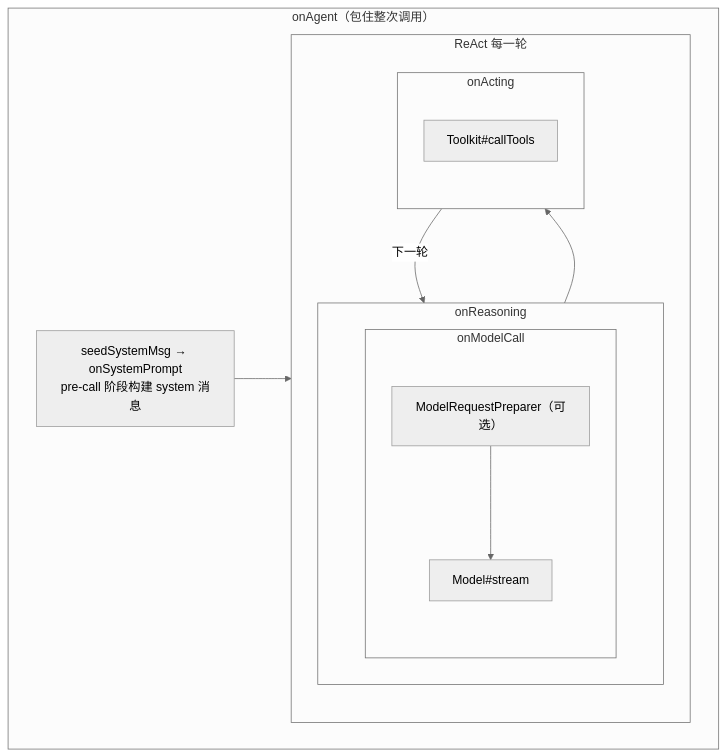
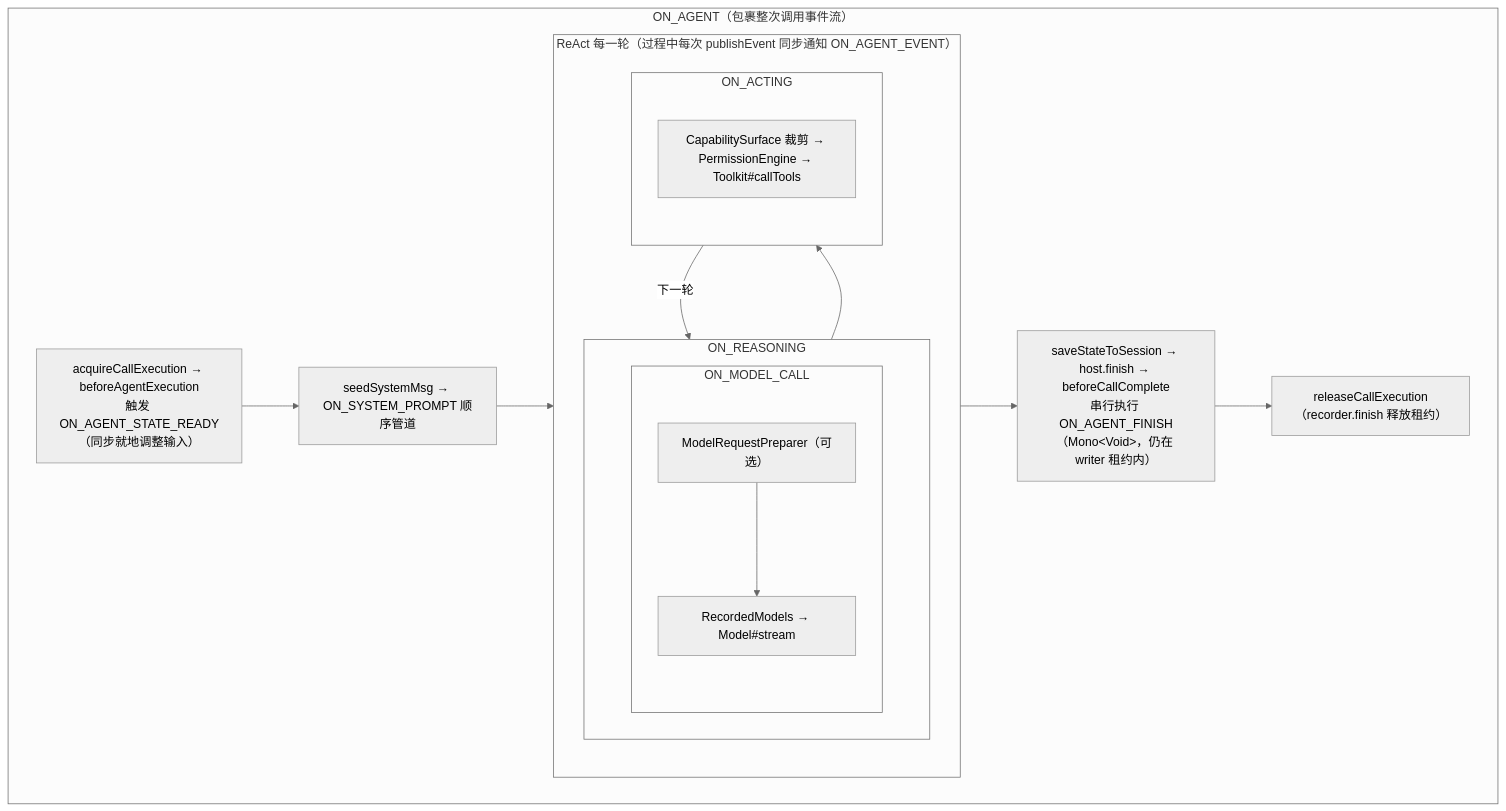
The first of 2 diagrams in 06-Middleware与事件流.md (liulangjietou/AgentScope-source-analysis), drawn with Mermaid (neutral theme) before and after one commit. The commit also changed other lines of this file and 14 other files, not shown here.

````diff
--- a/06-Middleware与事件流.md
+++ b/06-Middleware与事件流.md
@@ -24,19 +26,21 @@
 ```mermaid
 flowchart TB
-    subgraph OA["onAgent（包住整次调用）"]
-        OSP["seedSystemMsg → onSystemPrompt<br/>pre-call 阶段构建 system 消息"]
+    subgraph OA["ON_AGENT（包裹整次调用事件流）"]
+        SR["acquireCallExecution → beforeAgentExecution<br/>触发 ON_AGENT_STATE_READY（同步就地调整输入）"] --> OSP["seedSystemMsg → ON_SYSTEM_PROMPT 顺序管道"]
         OSP --> ROUND
-        subgraph ROUND["ReAct 每一轮"]
-            subgraph OR["onReasoning"]
-                subgraph OMC["onModelCall"]
-                    P["ModelRequestPreparer（可选）"] --> M["Model#stream"]
+        subgraph ROUND["ReAct 每一轮（过程中每次 publishEvent 同步通知 ON_AGENT_EVENT）"]
+            subgraph OR["ON_REASONING"]
+                subgraph OMC["ON_MODEL_CALL"]
+                    PREP["ModelRequestPreparer（可选）"] --> M["RecordedModels → Model#stream"]
                 end
             end
-            subgraph OACT["onActing"]
-                T["Toolkit#callTools"]
+            subgraph OACT["ON_ACTING"]
+                T["CapabilitySurface 裁剪 → PermissionEngine → Toolkit#callTools"]
             end
             OR --> OACT
             OACT -->|"下一轮"| OR
         end
+        ROUND --> FIN["saveStateToSession → host.finish → beforeCallComplete<br/>串行执行 ON_AGENT_FINISH（Mono&lt;Void&gt;，仍在 writer 租约内）"]
+        FIN --> REL["releaseCallExecution（recorder.finish 释放租约）"]
     end
 ```
````
